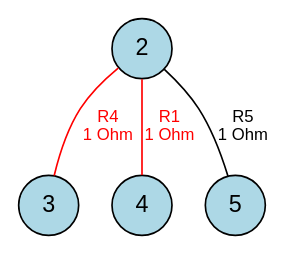
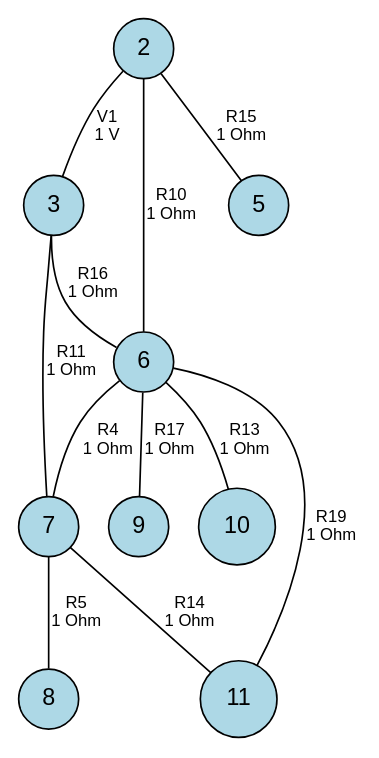
One commit to francescofoglia0/CircuitsProject changed the diagram in BuildProject/coalbero.dot. Above: the diagram before and after it, drawn with Graphviz. The commit also changed 28 other files, not shown here.

```diff
--- a/BuildProject/coalbero.dot
+++ b/BuildProject/coalbero.dot
@@ -1,9 +1,17 @@
 graph Circuito {
     // Stile dei nodi e degli archi
     node [shape=circle, style=filled, fillcolor=lightblue, fontname="Helvetica"];
     edge [fontname="Helvetica", fontsize=10];
 
-    2 -- 3 [label="R4\n1 Ohm", color="red", fontcolor="red"];
-    2 -- 4 [label="R1\n1 Ohm", color="red", fontcolor="red"];
-    2 -- 5 [label="R5\n1 Ohm"];
+    2 -- 3 [label="V1\n1 V"];
+    2 -- 5 [label="R15\n1 Ohm"];
+    2 -- 6 [label="R10\n1 Ohm"];
+    3 -- 6 [label="R16\n1 Ohm"];
+    3 -- 7 [label="R11\n1 Ohm"];
+    6 -- 7 [label="R4\n1 Ohm"];
+    6 -- 9 [label="R17\n1 Ohm"];
+    6 -- 10 [label="R13\n1 Ohm"];
+    6 -- 11 [label="R19\n1 Ohm"];
+    7 -- 8 [label="R5\n1 Ohm"];
+    7 -- 11 [label="R14\n1 Ohm"];
 }
```
